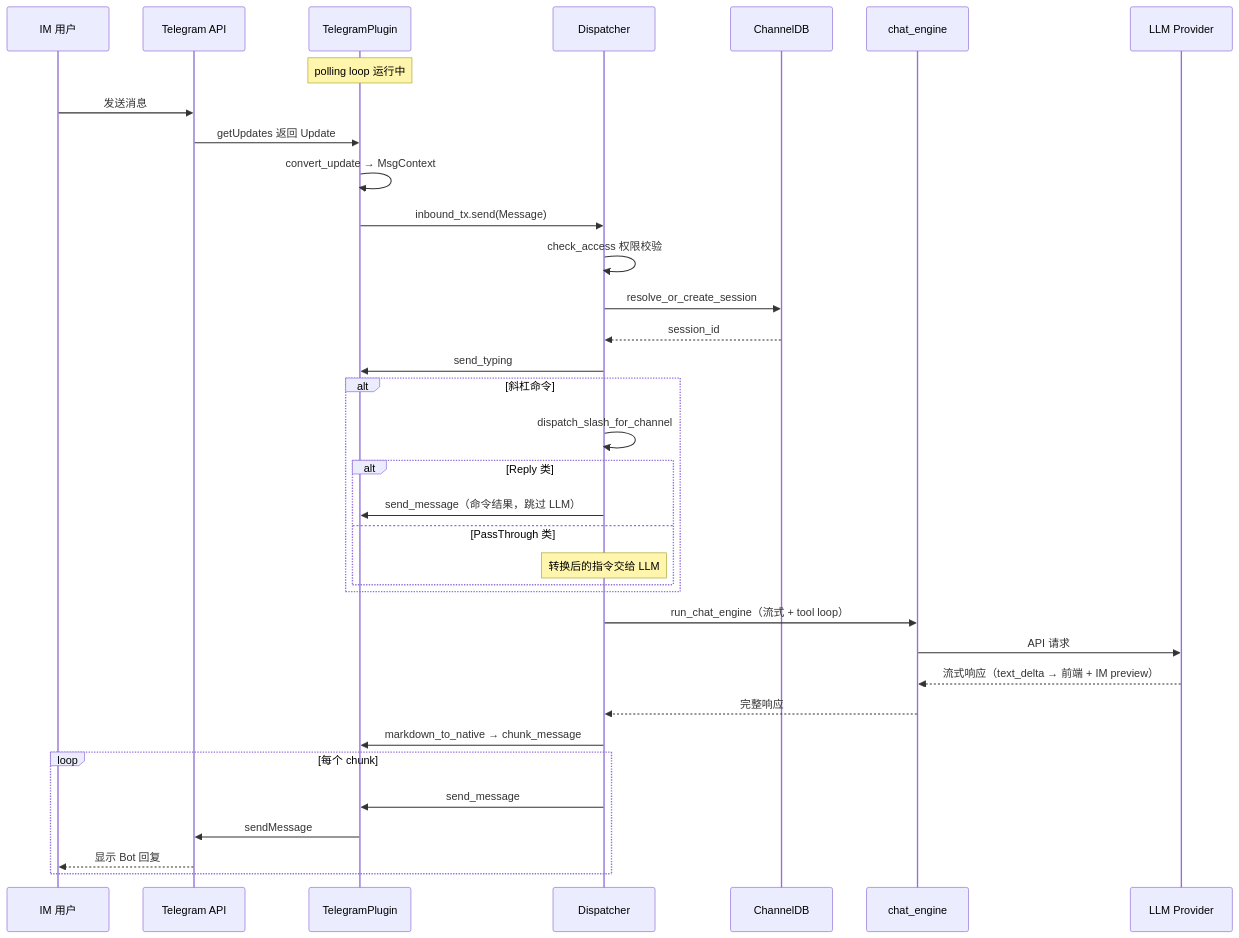
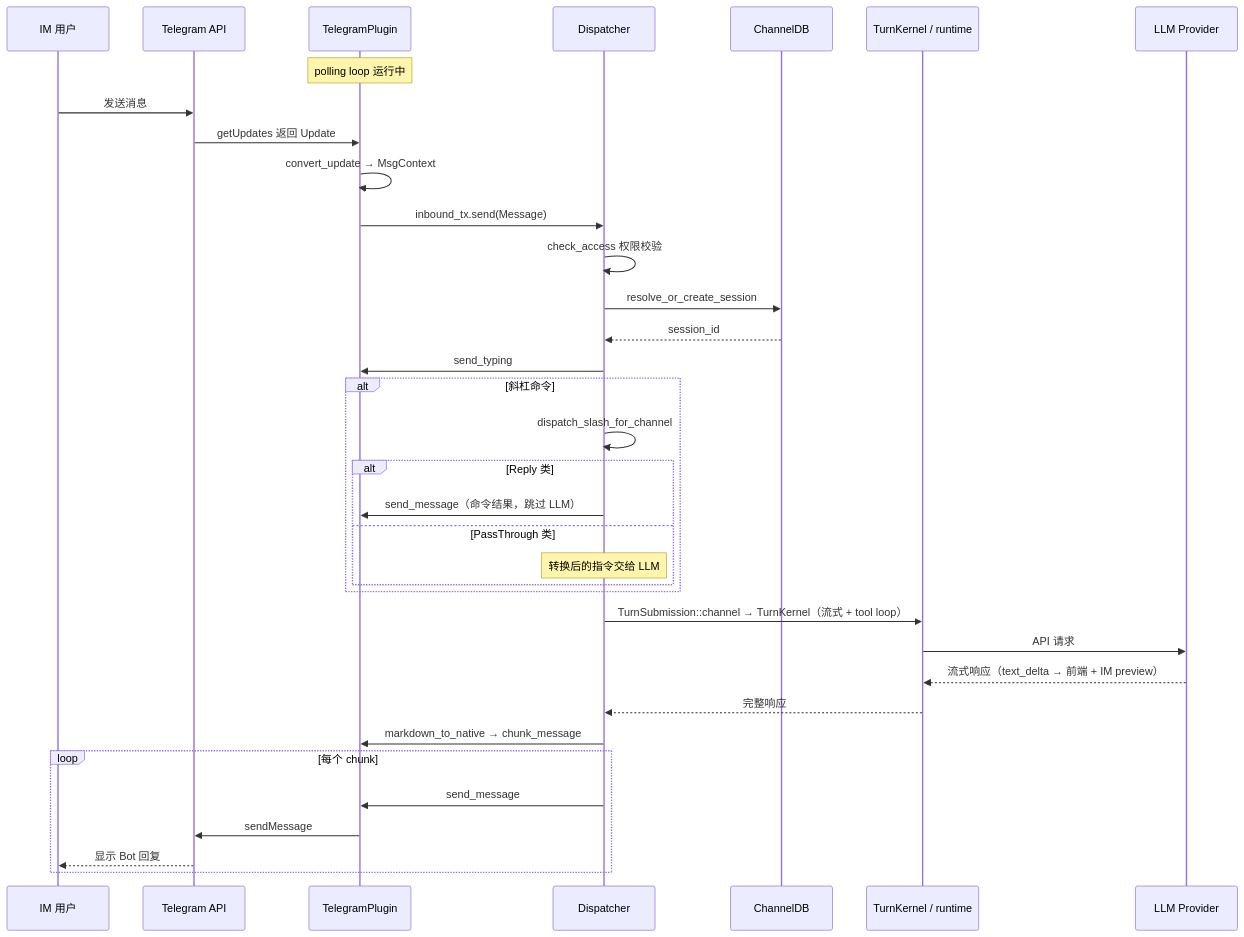
Before and after one commit to gabrielmoreira/agent-skills-mirror: the fifth of 10 diagrams in mirrors/repos/shiwenwen@hope-agent/docs/architecture/integration/im-channel.md, drawn with Mermaid. The commit also changed other lines of this file and 2396 other files, not shown here.

````diff
--- a/mirrors/repos/shiwenwen@hope-agent/docs/architecture/integration/im-channel.md
+++ b/mirrors/repos/shiwenwen@hope-agent/docs/architecture/integration/im-channel.md
@@ -466,38 +466,38 @@
 ```mermaid
 sequenceDiagram
     participant User as IM 用户
     participant TG as Telegram API
     participant Plugin as TelegramPlugin
     participant Worker as Dispatcher
     participant DB as ChannelDB
-    participant Agent as chat_engine
+    participant Agent as TurnKernel / runtime
     participant LLM as LLM Provider
 
     Note over Plugin: polling loop 运行中
     User->>TG: 发送消息
     TG->>Plugin: getUpdates 返回 Update
     Plugin->>Plugin: convert_update → MsgContext
     Plugin->>Worker: inbound_tx.send(Message)
     Worker->>Worker: check_access 权限校验
     Worker->>DB: resolve_or_create_session
     DB-->>Worker: session_id
     Worker->>Plugin: send_typing
     alt 斜杠命令
         Worker->>Worker: dispatch_slash_for_channel
         alt Reply 类
             Worker->>Plugin: send_message（命令结果，跳过 LLM）
         else PassThrough 类
             Note over Worker: 转换后的指令交给 LLM
         end
     end
-    Worker->>Agent: run_chat_engine（流式 + tool loop）
+    Worker->>Agent: TurnSubmission::channel → TurnKernel（流式 + tool loop）
     Agent->>LLM: API 请求
     LLM-->>Agent: 流式响应（text_delta → 前端 + IM preview）
     Agent-->>Worker: 完整响应
     Worker->>Plugin: markdown_to_native → chunk_message
     loop 每个 chunk
         Worker->>Plugin: send_message
         Plugin->>TG: sendMessage
         TG-->>User: 显示 Bot 回复
     end
 ```
````
